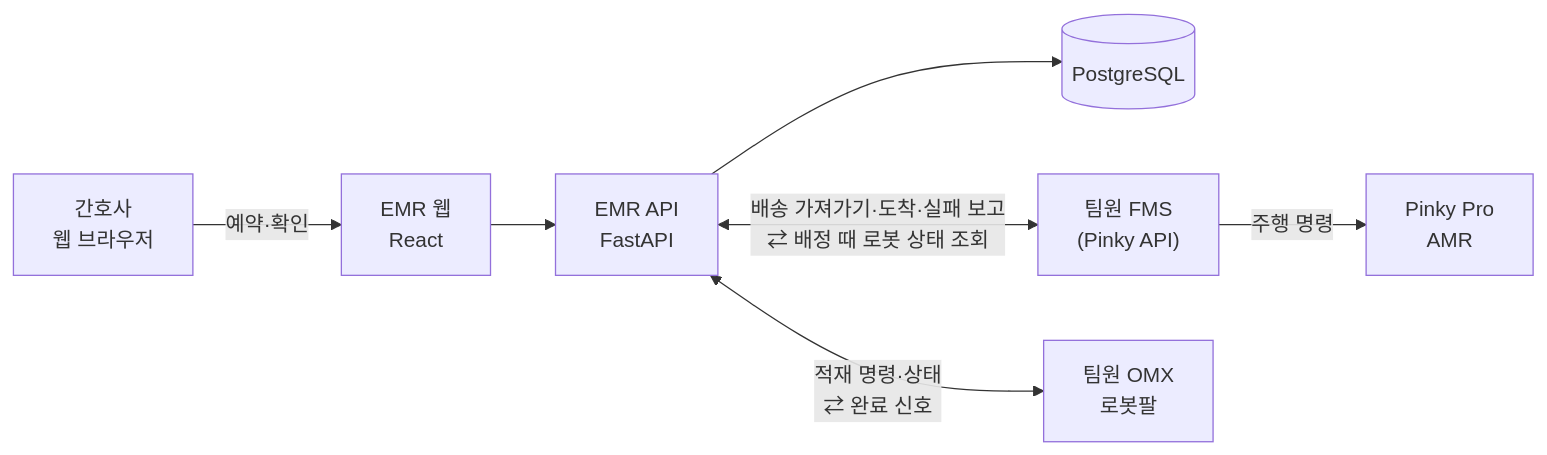
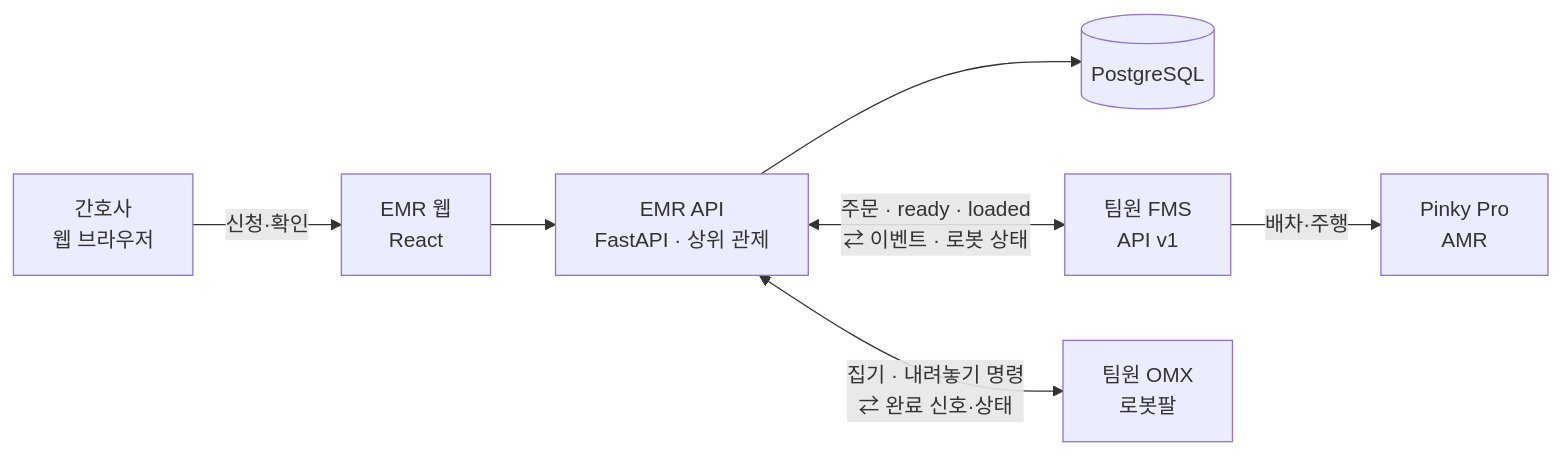
The diagram in README.md (kernel-robot-9th/kernel-robot-repo-2), drawn with Mermaid before and after one commit. The commit also changed other lines of this file and 43 other files, not shown here.

First line of the commit message:
EMR ↔ FMS API v1·OMX 연동: 주문 보내기·이벤트로 배송 단계, FMS 묶음을 실제 OMX로 싣기 + 아키텍처 10-27

````diff
--- a/README.md
+++ b/README.md
@@ -9,9 +9,9 @@
 ```mermaid
 flowchart LR
-  N["간호사<br/>웹 브라우저"] -->|예약·확인| W["EMR 웹<br/>React"]
-  W --> A["EMR API<br/>FastAPI"]
+  N["간호사<br/>웹 브라우저"] -->|신청·확인| W["EMR 웹<br/>React"]
+  W --> A["EMR API<br/>FastAPI · 상위 관제"]
   A --> D[("PostgreSQL")]
-  A <-->|"배송 가져가기·도착·실패 보고<br/>⇄ 배정 때 로봇 상태 조회"| X["팀원 FMS<br/>(Pinky API)"]
-  X -->|주행 명령| P["Pinky Pro<br/>AMR"]
-  A <-->|"적재 명령·상태<br/>⇄ 완료 신호"| O["팀원 OMX<br/>로봇팔"]
+  A <-->|"주문 · ready · loaded<br/>⇄ 이벤트 · 로봇 상태"| X["팀원 FMS<br/>API v1"]
+  X -->|배차·주행| P["Pinky Pro<br/>AMR"]
+  A <-->|"집기 · 내려놓기 명령<br/>⇄ 완료 신호·상태"| O["팀원 OMX<br/>로봇팔"]
 ```
````
